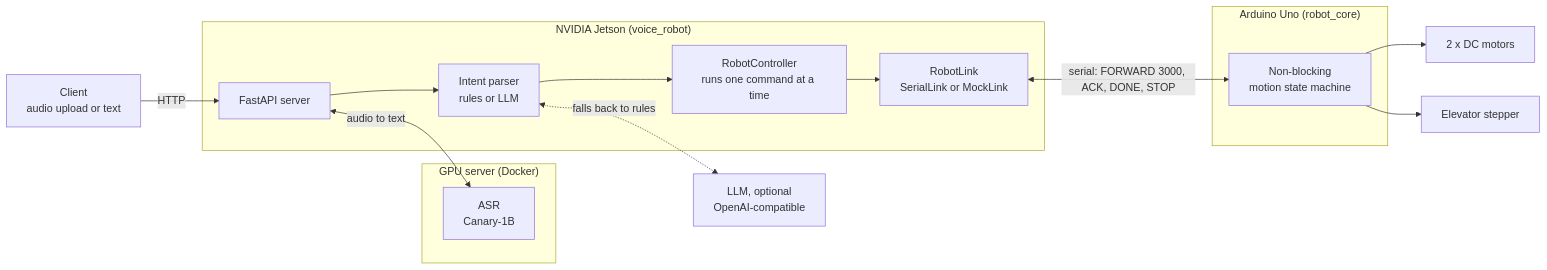
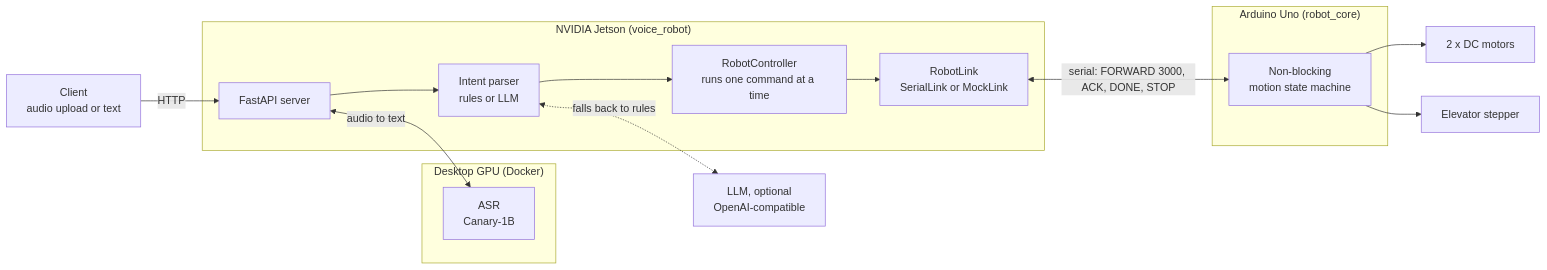
Before and after one commit to yongjer/university-project: the diagram in README.md, drawn with Mermaid. The commit also changed other lines of this file, not shown here.

````diff
--- a/README.md
+++ b/README.md
@@ -21,27 +22,27 @@
 ```mermaid
 flowchart LR
     client["Client<br/>audio upload or text"] -->|HTTP| api
 
-    subgraph gpu["GPU server (Docker)"]
+    subgraph gpu["Desktop GPU (Docker)"]
         asr["ASR<br/>Canary-1B"]
     end
 
     llm["LLM, optional<br/>OpenAI-compatible"]
 
     subgraph jetson["NVIDIA Jetson (voice_robot)"]
         api["FastAPI server"] --> parser["Intent parser<br/>rules or LLM"]
         parser --> controller["RobotController<br/>runs one command at a time"]
         controller --> link["RobotLink<br/>SerialLink or MockLink"]
     end
 
     api <-->|audio to text| asr
     parser <-.->|falls back to rules| llm
 
     subgraph uno["Arduino Uno (robot_core)"]
         fw["Non-blocking<br/>motion state machine"]
     end
 
     link <-->|"serial: FORWARD 3000, ACK, DONE, STOP"| fw
     fw --> dc["2 x DC motors"]
     fw --> stepper["Elevator stepper"]
 ```
````
